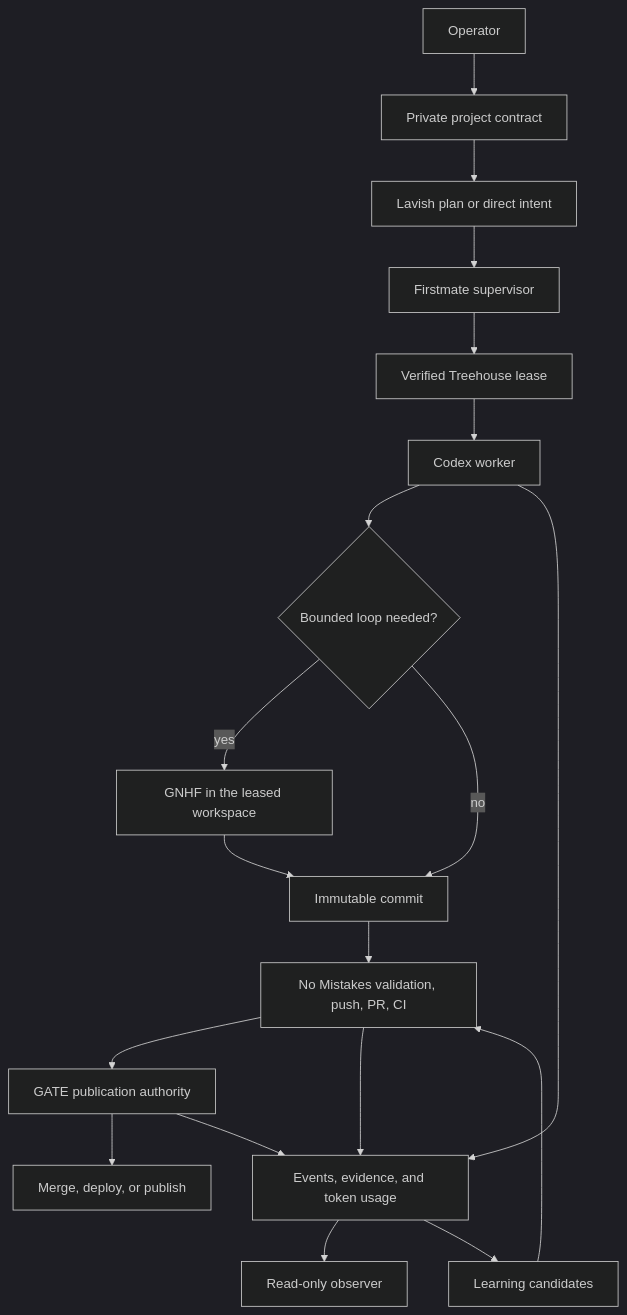
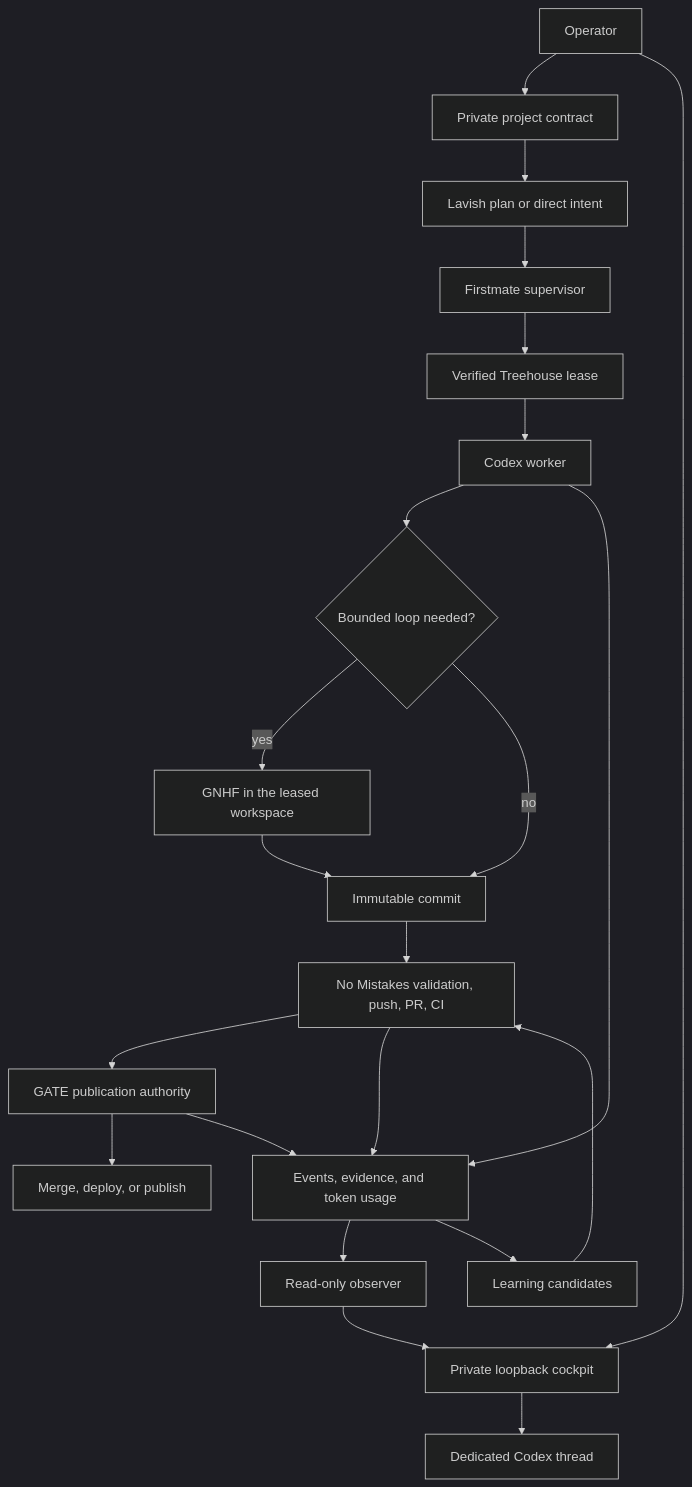
One commit to SmurfTurfPawpaw/GATE changed the first of 4 diagrams in docs/architecture.md. Above: the diagram before and after it, drawn with Mermaid (dark theme). The commit also changed other lines of this file and 39 other files, not shown here.

First line of the commit message:
feat(cockpit): add local Codex companion and public preview (#21)

````diff
--- a/docs/architecture.md
+++ b/docs/architecture.md
@@ -23,21 +23,24 @@
 ```mermaid
 flowchart TD
     O[Operator] --> R[Private project contract]
     R --> P[Lavish plan or direct intent]
     P --> F[Firstmate supervisor]
     F --> T[Verified Treehouse lease]
     T --> W[Codex worker]
     W --> G{Bounded loop needed?}
     G -->|yes| H[GNHF in the leased workspace]
     G -->|no| C[Immutable commit]
     H --> C
     C --> N[No Mistakes validation, push, PR, CI]
     N --> A[GATE publication authority]
     A --> M[Merge, deploy, or publish]
     W --> E[Events, evidence, and token usage]
     N --> E
     A --> E
     E --> V[Read-only observer]
+    V --> K[Private loopback cockpit]
+    O --> K
+    K --> D[Dedicated Codex thread]
     E --> L[Learning candidates]
     L --> N
 ```
````
